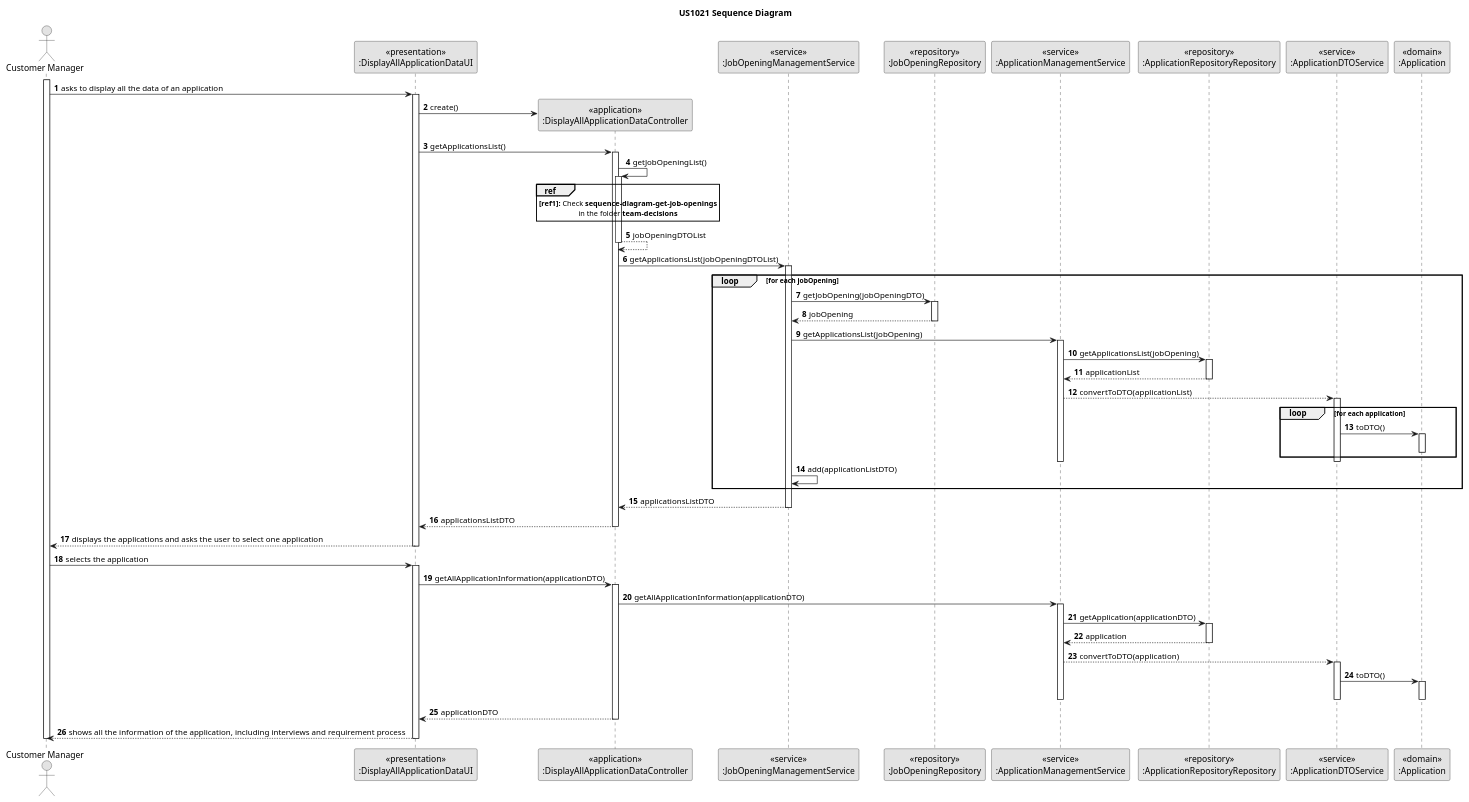
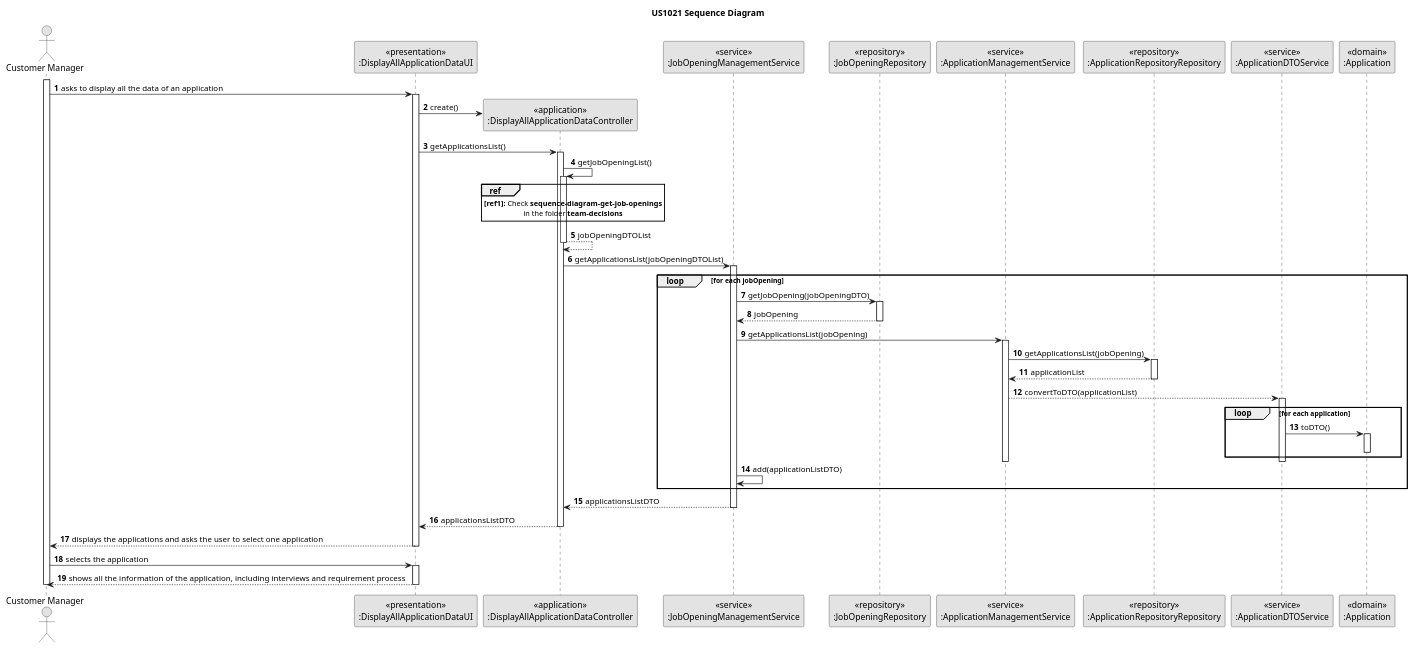
The diagram in docs/sprint-c/us_1021/SD/US1021_SD.puml (rita-barbosa/LAPR4-2324), drawn with PlantUML before and after one commit. The commit also changed 3 other files, not shown here.

```diff
--- a/docs/sprint-c/us_1021/SD/US1021_SD.puml
+++ b/docs/sprint-c/us_1021/SD/US1021_SD.puml
@@ -1,144 +1,103 @@
-@startuml US1021_SD
+ @startuml US1021_SD
 
 skinparam monochrome true
 skinparam packageStyle rectangle
 skinparam shadowing false
 
 title US1021 Sequence Diagram
 
 autonumber
 
 actor "Customer Manager" as CM
 participant "<<presentation>>\n:DisplayAllApplicationDataUI" as UI
 participant "<<application>>\n:DisplayAllApplicationDataController" as CTRL
 participant "<<repository>>\n:JobOpeningRepository" as JobOpeningRepository
 participant "<<service>>\n:JobOpeningManagementService" as JobManagement
 participant "<<repository>>\n:JobOpeningRepository" as JobOpeningRepository
 participant "<<service>>\n:ApplicationManagementService" as AppManagement
 participant "<<repository>>\n:ApplicationRepositoryRepository" as ApplicationRepository
 participant "<<service>>\n:ApplicationDTOService" as AppDTOServ
 participant "<<domain>>\n:Application" as Application
 
 activate CM
 
 CM -> UI : asks to display all the data of an application
 activate UI
 
 UI -> CTRL** : create()
 
 UI -> CTRL: getApplicationsList()
 activate CTRL
 
     CTRL -> CTRL : getJobOpeningList()
     activate CTRL
 
     ref over CTRL
     **[ref1]:** Check **sequence-diagram-get-job-openings**
     in the folder **team-decisions**
     end ref
 
     CTRL --> CTRL : jobOpeningDTOList
     deactivate CTRL
-
-
-'    CTRL -> JobManagement : getJobOpening(jobOpeningDTO)
-'    activate JobManagement
-'
-'    JobManagement -> JobOpeningRepository : getJobOpening(jobOpeningDTO)
-'    activate JobOpeningRepository
-'
-'    JobOpeningRepository --> JobManagement : jobOpening
-'    deactivate JobOpeningRepository
-'
-'    JobManagement --> CTRL : jobOpening
-'    deactivate JobManagement
 
 
     CTRL -> JobManagement : getApplicationsList(jobOpeningDTOList)
     activate JobManagement
 
     loop for each jobOpening
 
         JobManagement -> JobOpeningRepository : getJobOpening(jobOpeningDTO)
         activate JobOpeningRepository
 
         JobOpeningRepository --> JobManagement : jobOpening
         deactivate JobOpeningRepository
 
         JobManagement -> AppManagement : getApplicationsList(jobOpening)
         activate AppManagement
 
         AppManagement -> ApplicationRepository : getApplicationsList(jobOpening)
         activate ApplicationRepository
 
         ApplicationRepository --> AppManagement : applicationList
         deactivate ApplicationRepository
 
         AppManagement --> AppDTOServ :  convertToDTO(applicationList)
             activate AppDTOServ
 
             loop for each application
             AppDTOServ -> Application : toDTO()
             activate Application
             deactivate Application
             end loop
 
             deactivate AppDTOServ
 
 
         deactivate AppManagement
 
         JobManagement -> JobManagement : add(applicationListDTO)
 
     end loop
 
     JobManagement --> CTRL : applicationsListDTO
     deactivate JobManagement
 
     CTRL --> UI : applicationsListDTO
 
     deactivate CTRL
 
 UI --> CM : displays the applications and asks the user to select one application
 deactivate UI
 
 CM -> UI : selects the application
 activate UI
 
-'CHECK THIS PART --> BECAUSE I ALREADY HAVE ALL THE INFORMATION I NEED, SUCH AS INTERVIEW AND REQUIREMENTS INFORMATION,
-'SO I ONLY NEED TO DISPLAY ALL THE OTHER INFORMATION THA TI HADN'T DISPLAYED YET????
-UI -> CTRL : getAllApplicationInformation(applicationDTO)
-activate CTRL
-
-CTRL -> AppManagement : getAllApplicationInformation(applicationDTO)
-activate AppManagement
-
-AppManagement -> ApplicationRepository : getApplication(applicationDTO)
-activate ApplicationRepository
-
-ApplicationRepository --> AppManagement : application
-deactivate ApplicationRepository
-
-AppManagement --> AppDTOServ :  convertToDTO(application)
-            activate AppDTOServ
-
-            AppDTOServ -> Application : toDTO()
-            activate Application
-            deactivate Application
-
-            deactivate AppDTOServ
-
-        deactivate AppManagement
-
-
-CTRL --> UI : applicationDTO
-deactivate CTRL
 
 UI --> CM : shows all the information of the application, including interviews and requirement process
 deactivate UI
 
 deactivate CM
 
 
 
 @enduml
```
